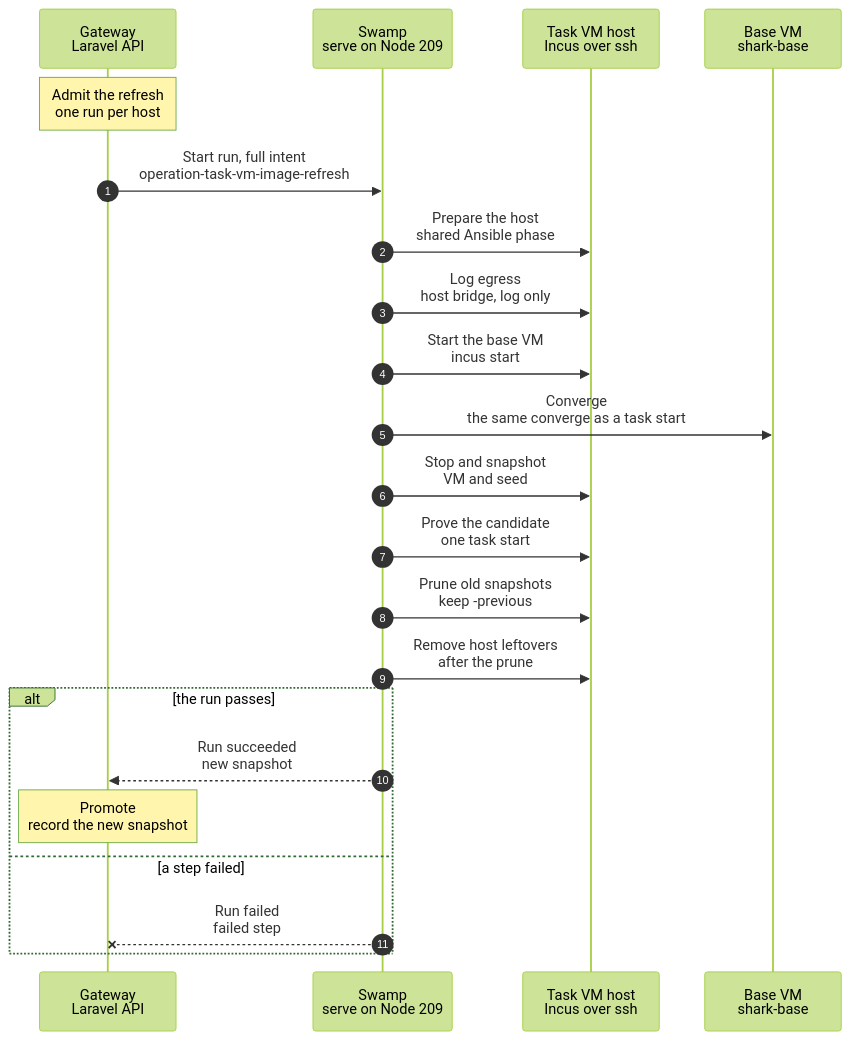
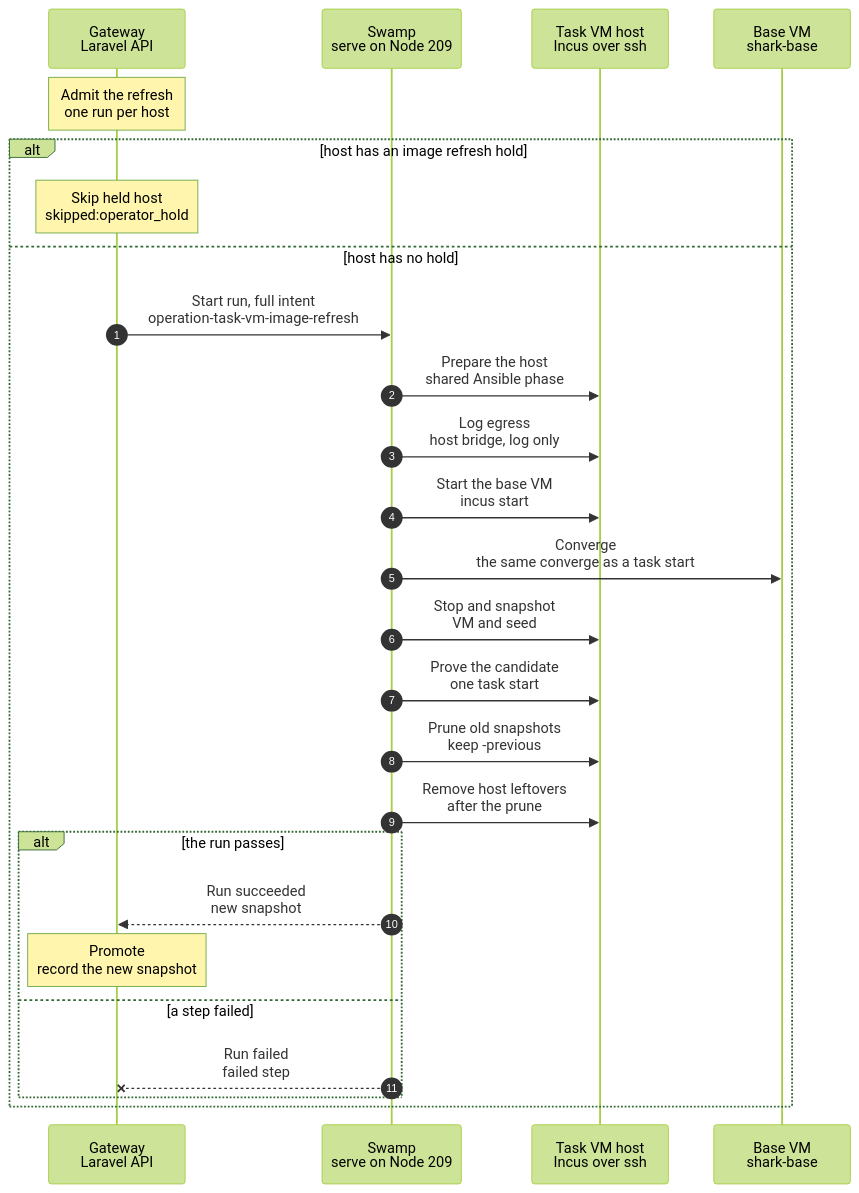
Before and after one commit to hardimpactdev/orbit: the diagram in docs/cli/task/vm-image-refresh.mmd, drawn with Mermaid (forest theme). The commit also changed 11 other files, not shown here.

Commit message:
docs: specify per-host task VM image refresh holds

```diff
--- a/docs/cli/task/vm-image-refresh.mmd
+++ b/docs/cli/task/vm-image-refresh.mmd
@@ -1,83 +1,91 @@
 sequenceDiagram
-  %% Target design (agreed with Nick, 2026-11-07): each task VM host keeps one stopped base VM, `shark-base`, that never gets an identity. Its ZFS snapshot is the base a task start copies; there is no Incus image and no publish. In every Gateway release, and daily, the base VM converges and a new snapshot becomes the base, so a task start's converge stays near a no-op.
+  %% Target design: each task VM host keeps one stopped base VM, `shark-base`, that never gets an identity. Its ZFS snapshot is the base a task start copies; there is no Incus image and no publish. In every Gateway release, and daily, the base VM converges and a new snapshot becomes the base, so a task start's converge stays near a no-op.
   %% status: draft
   %% command: none · in every Gateway release, and daily
   %% kind: task_vm.image_refresh
   autonumber
   %% lane GW icon=gateway pill=intent tone=blue
   %% lane SW icon=workflow pill=executes tone=green
   %% lane H icon=server pill=target tone=amber
   %% lane VM icon=server pill=base VM tone=purple
   participant GW as Gateway<br/>Laravel API
   participant SW as Swamp<br/>serve on Node 209
   participant H as Task VM host<br/>Incus over ssh
   participant VM as Base VM<br/>shark-base
   Note over GW: Admit the refresh<br/>one run per host
   %%> Started by:
   %%> - every verified Gateway release, from its step "Admit VM refreshes", after successful verification and successful or skipped Horizon start: `task-vms:refresh-images --commit <sha>` runs from the verified release; admission is best effort and does not wait for refresh completion. The intent holds the new commit's recipe, pins and checkout; the run uses the new commit's workflows and playbooks; a code-only release refreshes too
   %%> - the daily schedule at 03:20, and an operator
   %%> - a release asks a host again, up to 6 rounds 5 s apart, when Swamp could not take the run yet because it had just reloaded
   %%> Result:
   %%> - the candidate proof may take the shared CI reserve (place 1), then any free task place; task work cannot starve it, and a busy proof may still refuse it until the next trigger
   %%> - a CI-only host permits its own refresh proof, pinned to that host; Sabre refresh proves on Sabre and never spills onto another host
   %%> - one run per host, all hosts in parallel; the run never holds the release, and a host that refuses is skipped until the next trigger
   %%> - a host with a refresh open keeps it, and the newest commit waits behind it: one pending commit per host, the newest wins, and the run that ends admits it
+  alt host has an image refresh hold
+    Note over GW: Skip held host<br/>skipped:operator_hold
+    %%> Result:
+    %%> - release command output and the daily admission log name the host; no Operation is created or queued
+    %%> - a direct operator refresh, including --from-stock, refuses with task_vm.image_refresh_held
+    %%> - the host keeps serving its last promoted snapshot; an admitted refresh is unchanged
+  else host has no hold
   GW->>SW: Start run, full intent<br/>operation-task-vm-image-refresh
   SW->>H: Prepare the host<br/>shared Ansible phase
   %%> What it does:
   %%> - validates existing pool, project and bridge before changes; preserves unrelated host resources
   %%> - creates a missing native dataset pool, or an Incus-managed loop-backed ZFS pool with the configured size
   %%> - caps ARC at 2 GiB only when the actual pool source is a regular file; native-ZFS hosts keep their setting
   %%> - converges the isolated NAT bridge, ACL, project, profile, stock Ubuntu image and forwarding rule; an unchanged rerun changes nothing
   %%> - permits DHCP requests (UDP 68 to 67) from the task bridge and DNS (TCP/UDP 53) to its host address through UFW before first boot, using the orbit:task-vms-* catalog ownership shown by firewall:list --managed; a forwarding rule alone cannot admit these host input packets
   SW->>H: Log egress<br/>host bridge, log only
   %%> What it does:
   %%> - sets up the egress log of the host bridge (Ansible part `egress-log`): an nftables rule logs each new outside connection of a task VM, rsyslog writes it to its own file, and dnsmasq logs the DNS queries; nothing is blocked
   %%> - the first run sets `raw.dnsmasq`, which runs the whole setup of the bridge again and restarts its dnsmasq: running VMs lose DNS for about a second, so it should run when no provision is running; Incus then runs that dnsmasq without its AppArmor profile, as the user `incus`
   %%> - it runs before the base is touched; only a safety check fails the run (rules that do not load, a bridge with IPv6, an ACL without its drop rule) and starts no rollback; other checks warn
   SW->>H: Start the base VM<br/>incus start
   %%> What it does:
   %%> - before starting, converges the base VM's `raw.qemu.conf`: `[boot-opts]` with `menu = "on"` and `splash-time = "0"` skips OVMF's 3 s menu wait; every snapshot and task copy inherit it
   %%> - starts the stopped base VM; about 10 s to its guest agent; its containers start with it
   %%> - a host without a recorded base snapshot discards any unpromoted base VM and seed left by a failed build, then uses `incus init` from the stock Ubuntu VM image and an empty seed volume; first boot makes the `orbit` account and installs the SSH server; the converge builds everything else
   %%> - after cloud-init ends with status 0 or 2, reads `orbit`'s authorized keys through Incus and checks their native SHA256 fingerprints against the admitted control public key before Converge; missing or empty keys fail with `task_vm.bootstrap_key_missing`, and no matching fingerprint fails with `task_vm.bootstrap_key_mismatch`
   %%> - this early authentication refusal detects incomplete provisioning; it does not prevent a reboot, rewrite keys or replay cloud-init
   %%> - the task VM project keeps `restricted.snapshots=allow`: the base is a snapshot, and only a host API client can take one
   %%> - `task-vms:refresh-image <host> --from-stock` withdraws the recorded base at admission, so no task start copies it, and the run first deletes the base VM and its seed with their snapshots and builds the base from stock; after a failure the next refresh builds it as on a new host
   SW->>VM: Converge<br/>the same converge as a task start
   %%> What it does:
   %%> - each part runs only when its digest changed: the outer VM, the warm checkout at the release commit, each container
   %%> - the tools phase prepares `orbit`'s Incus client config with one serial read before the fleet phase; task copies inherit it, so parallel Incus calls never race on first use
   %%> - the refresh owns the containers' `base` snapshots and retakes them when the fleet changed; the nested Gateway's services restart only when `apps/gateway` changed, and its agent delivery manifest is placed only when the pinned agent build changed
   %%> - a base VM without a nested fleet builds it here, once, in the fleet phase: three system containers from stock Ubuntu on the nested network, the nested Gateway prepared by one local `gateway-bootstrap` run, its own Node, `gateway` and `websocket` converges, app-dev and app-prod added through its own Orbit, the checkout as their disk device, a Doctor wait, then the operator join
   %%> - the build runs only when the fleet is not complete: a container is missing, or the operator stamp that the join writes last is not recorded; it removes that stamp and any container first and builds whole. A complete fleet skips it and restarts no container
   %%> - no other wait for the nested Gateway and no identity wipe: the base VM never gets an identity, and readiness belongs to a task start
   %%> - the boot phase bakes the Orbit root CA and the firewall into the base, and the `orbit-identity` unit that mounts a copy's identity share and applies it before sshd, WireGuard and the agent; a base VM has no share, so the unit skips
   %%> - the boot phase also matches the uplink by type and name (`00-orbit-task-vm.network`), never by the base VM's MAC, so every copy gets an address; it waits online for IPv4 only, masks the apt and motd timers, and starts Docker at boot, as its package does
   SW->>H: Stop and snapshot<br/>VM and seed
   %%> What it does:
   %%> - stops the base VM and snapshots it and its seed volume under the run's name; ZFS snapshots, about 1 s
   SW->>H: Prove the candidate<br/>one task start
   %%> What it does:
   %%> - steps 2 to 4 of a task start from the new snapshot in a free place, then its release
   SW->>H: Prune old snapshots<br/>keep -previous
   %%> What it does:
   %%> - keeps the new snapshot and the one before it; removes older ones of the VM and the seed
   SW->>H: Remove host leftovers<br/>after the prune
   %%> What it does:
   %%> - in the task VM project: every image but the stock source image, the volumes of retired image seeds (`orbit-topology-seed-*`) and the place-pool baseline (`orbit-baseline-*`)
   %%> - the retired projects the Gateway names (`orbit-baselines`, `orbit-measure-nr`), with what they hold, and the old images of `orbit-proto`
   %%> - only where the project keeps its own images and volumes; a project that cannot be emptied is reported after the others had their turn
   %%> - a failure here fails no refresh: the next refresh removes what is left, and the Operation's result says `host_clean: failed`
   alt the run passes
     SW-->>GW: Run succeeded<br/>new snapshot
     Note over GW: Promote<br/>record the new snapshot
     %%> Result:
     %%> - task starts copy the new snapshot; the one before it is `-previous`
     %%> - target: about 25 s for a no-op refresh before the proof (boot 10 s, converge 8 s, stop 5 s, snapshot 1 s); the first refresh of a new host builds the whole base, so it takes much longer: about 30 min of it is the fleet build
   else a step failed
     SW--xGW: Run failed<br/>failed step
     %%> On failure:
     %%> - the base VM is stopped and rolled back to the recorded snapshot, and a new snapshot is removed; task starts keep the recorded one
     %%> - the place of the proof is `failed` until the host sweep releases it; the sweep keeps only the place of an open refresh, so a queued refresh that waits for a CI place does not keep the failed places
   end
+  end
```
